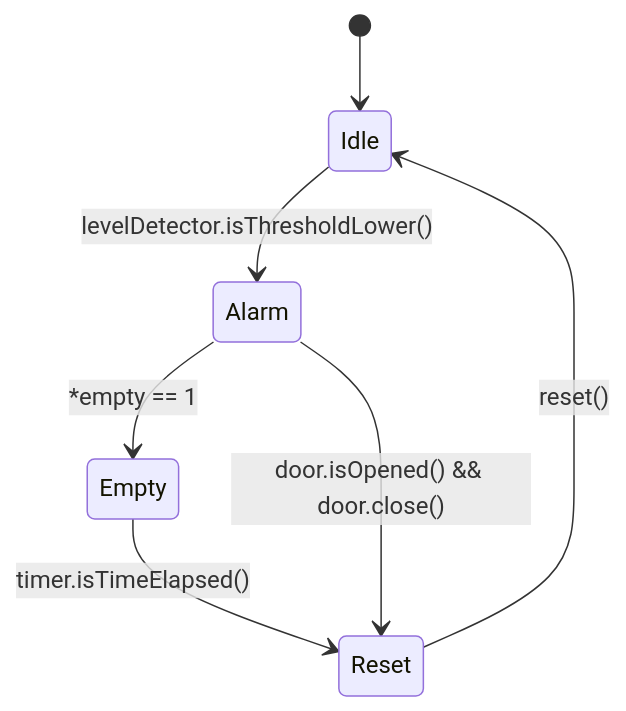
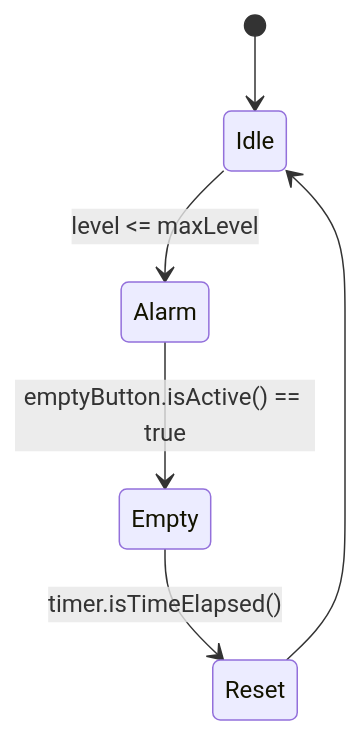
Before and after one commit to GiuseppeGambacorta/IOT-Project2: the fifth of 6 diagrams in IOT-project2/doc/documentation.md, drawn with Mermaid. The commit also changed other lines of this file, not shown here.

````diff
--- a/IOT-project2/doc/documentation.md
+++ b/IOT-project2/doc/documentation.md
@@ -221,16 +216,14 @@
 ```mermaid
 stateDiagram-v2
     [*] --> IDLE
 
     IDLE: Idle
     ALARM: Alarm
     EMPTY: Empty
     RESET: Reset
 
-    IDLE --> ALARM : levelDetector.isThresholdLower()
-    ALARM --> EMPTY : *empty == 1
+    IDLE --> ALARM : level <= maxLevel
+    ALARM --> EMPTY : emptyButton.isActive() == true
     EMPTY --> RESET : timer.isTimeElapsed()
-    RESET --> IDLE : reset()
-
-    ALARM --> RESET : door.isOpened() && door.close()
+    RESET --> IDLE
 ```
````
